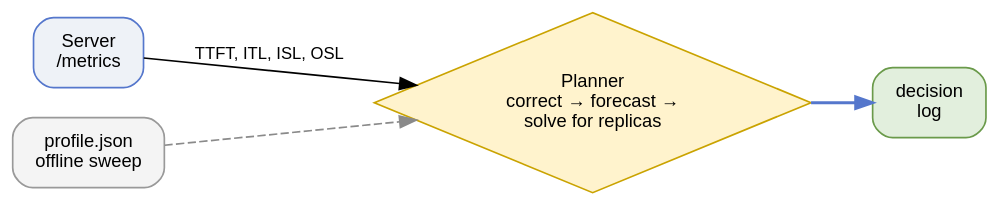
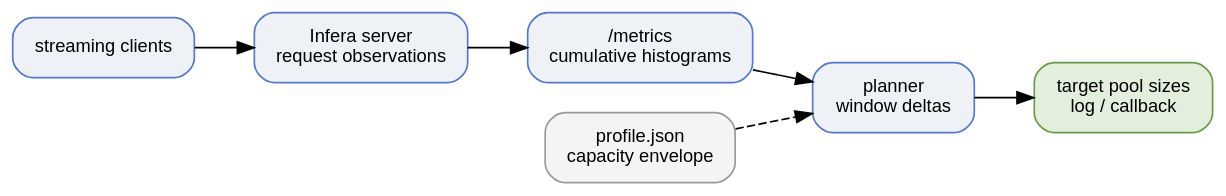
One commit to AMD-AGI/Infera changed the diagram in manual/features/sla_planner.md. Above: the diagram before and after it, drawn with Graphviz. The commit also changed other lines of this file and 8 other files, not shown here.

````diff
--- a/manual/features/sla_planner.md
+++ b/manual/features/sla_planner.md
@@ -19,17 +19,20 @@
 ```{graphviz}
-digraph sla_planner {
+digraph planner_path {
   rankdir=LR; bgcolor="transparent";
   node [shape=box style="rounded,filled" fillcolor="#eef2f7" color="#5577cc" fontname="Helvetica,Arial,sans-serif" fontsize=11 margin="0.2,0.12"];
   edge [fontname="Helvetica,Arial,sans-serif" fontsize=10];
 
-  SRV [label="Server\n/metrics"];
-  PROF [label="profile.json\noffline sweep" fillcolor="#f4f4f4" color="#999999"];
-  PLN [shape=diamond style=filled fillcolor="#fff3cd" color="#caa300"
-       label="Planner\ncorrect → forecast →\nsolve for replicas"];
-  OUT [label="decision\nlog" fillcolor="#e2efdd" color="#6a9a4a"];
+  CLIENT [label="streaming clients"];
+  SERVER [label="Infera server\nrequest observations"];
+  METRICS [label="/metrics\ncumulative histograms"];
+  WINDOW [label="planner\nwindow deltas"];
+  PROFILE [label="profile.json\ncapacity envelope" fillcolor="#f4f4f4" color="#999999"];
+  DECISION [label="target pool sizes\nlog / callback" fillcolor="#e2efdd" color="#6a9a4a"];
 
-  SRV -> PLN [label="TTFT, ITL, ISL, OSL"];
-  PROF -> PLN [style=dashed color="#8a8a8a"];
-  PLN -> OUT [penwidth=1.8 color="#5577cc"];
+  CLIENT -> SERVER;
+  SERVER -> METRICS;
+  METRICS -> WINDOW;
+  PROFILE -> WINDOW [style=dashed];
+  WINDOW -> DECISION;
 }
 ```
````
